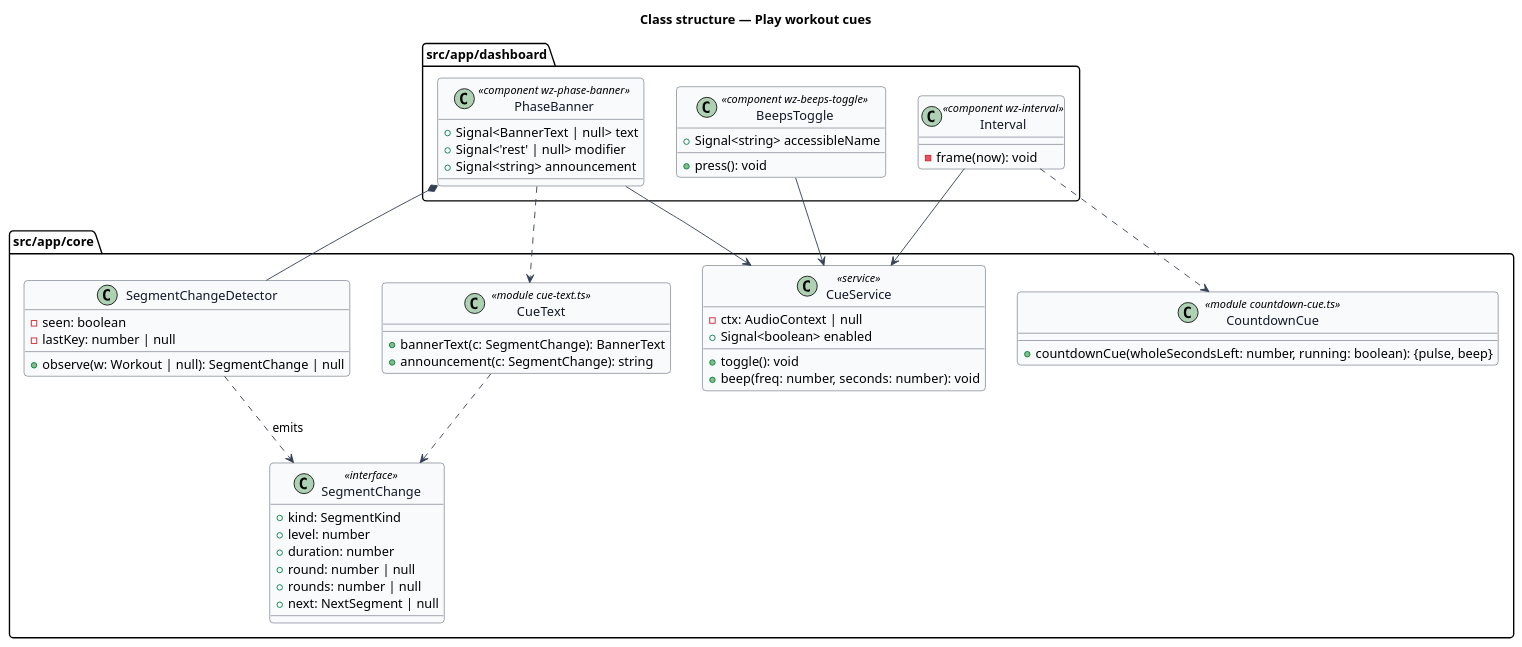
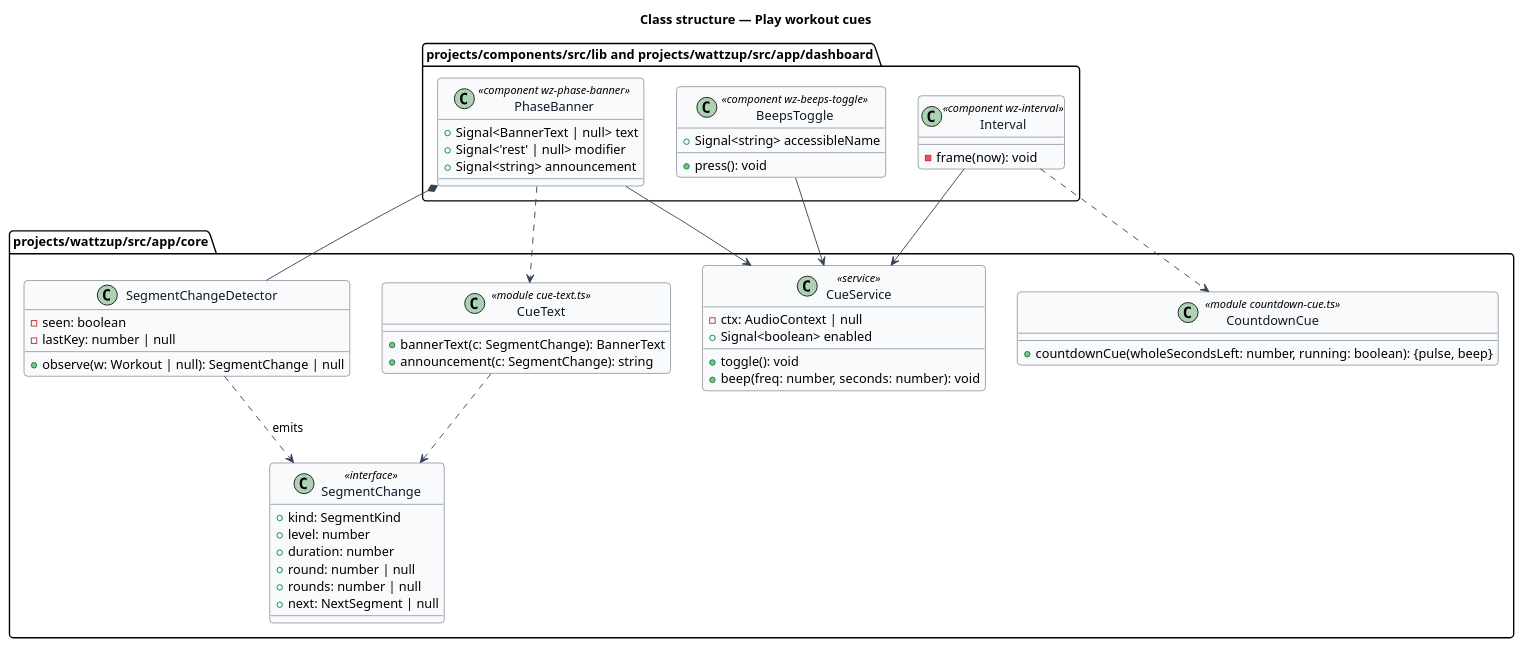
Before and after one commit to QuinntyneBrown/ride-one: the diagram in docs/detailed-designs/workouts/play-workout-cues/diagrams/class-structure.puml, drawn with PlantUML. The commit also changed 65 other files, not shown here.

```diff
--- a/docs/detailed-designs/workouts/play-workout-cues/diagrams/class-structure.puml
+++ b/docs/detailed-designs/workouts/play-workout-cues/diagrams/class-structure.puml
@@ -1,66 +1,66 @@
 @startuml
 skinparam backgroundColor #FFFFFF
 skinparam shadowing false
 skinparam roundcorner 8
 skinparam defaultFontName Arial
 skinparam ArrowColor #344054
 skinparam class {
   BorderColor #344054
   FontColor #101828
   BackgroundColor #F9FAFB
 }
 title Class structure — Play workout cues
 
-package "src/app/core" {
+package "projects/wattzup/src/app/core" {
   class CueService <<service>> {
     -ctx: AudioContext | null
     +Signal<boolean> enabled
     +toggle(): void
     +beep(freq: number, seconds: number): void
   }
   class SegmentChangeDetector {
     -seen: boolean
     -lastKey: number | null
     +observe(w: Workout | null): SegmentChange | null
   }
   class SegmentChange <<interface>> {
     +kind: SegmentKind
     +level: number
     +duration: number
     +round: number | null
     +rounds: number | null
     +next: NextSegment | null
   }
   class CueText <<module cue-text.ts>> {
     +bannerText(c: SegmentChange): BannerText
     +announcement(c: SegmentChange): string
   }
   class CountdownCue <<module countdown-cue.ts>> {
     +countdownCue(wholeSecondsLeft: number, running: boolean): {pulse, beep}
   }
 }
 
-package "src/app/dashboard" {
+package "projects/components/src/lib and projects/wattzup/src/app/dashboard" {
   class PhaseBanner <<component wz-phase-banner>> {
     +Signal<BannerText | null> text
     +Signal<'rest' | null> modifier
     +Signal<string> announcement
   }
   class BeepsToggle <<component wz-beeps-toggle>> {
     +Signal<string> accessibleName
     +press(): void
   }
   class Interval <<component wz-interval>> {
     -frame(now): void
   }
 }
 
 SegmentChangeDetector ..> SegmentChange : emits
 CueText ..> SegmentChange
 PhaseBanner *-- SegmentChangeDetector
 PhaseBanner ..> CueText
 PhaseBanner --> CueService
 Interval ..> CountdownCue
 Interval --> CueService
 BeepsToggle --> CueService
 @enduml
```
